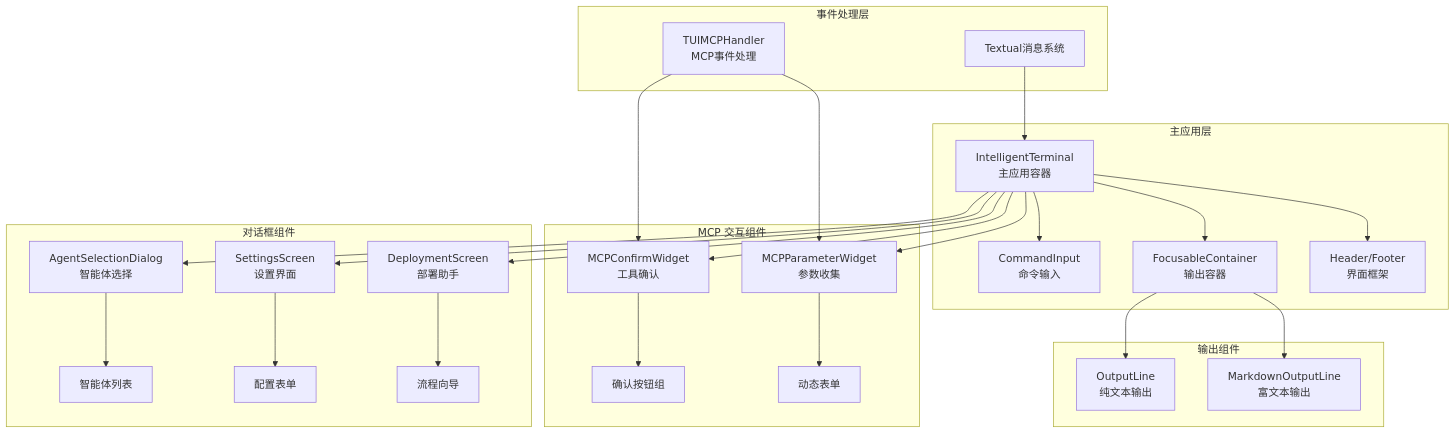
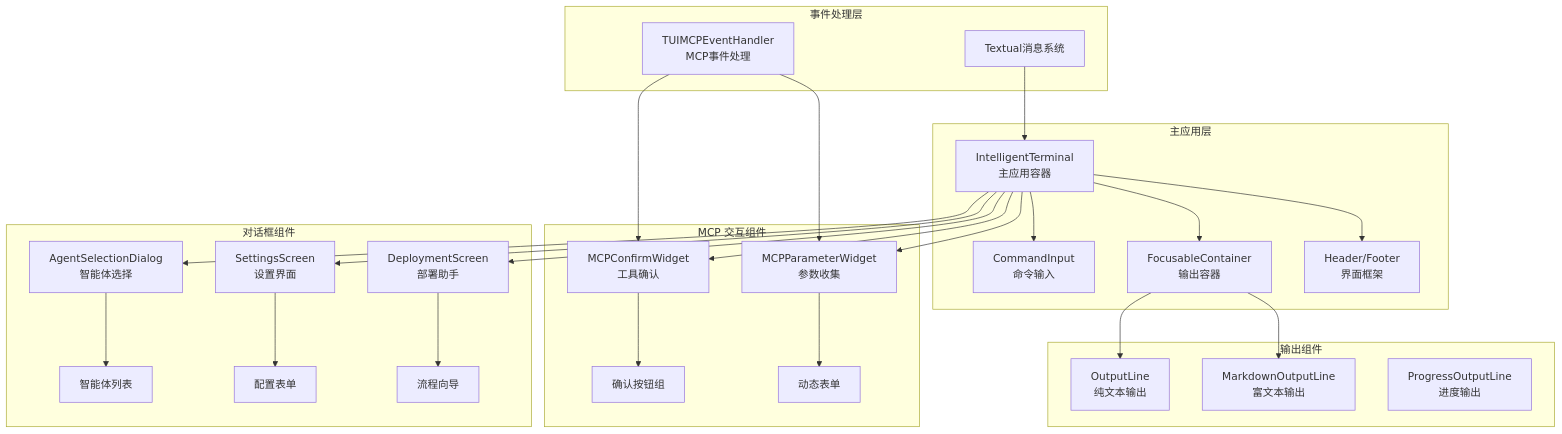
Before and after one commit to HongyuS/euler-copilot-shell: the first of 7 diagrams in docs/development/TUI应用模块设计.md, drawn with Mermaid. The commit also changed other lines of this file and 3 other files, not shown here.

````diff
--- a/docs/development/TUI应用模块设计.md
+++ b/docs/development/TUI应用模块设计.md
@@ -11,38 +11,39 @@
 ```mermaid
 graph TB
     subgraph "主应用层"
         A[IntelligentTerminal<br/>主应用容器] --> B[CommandInput<br/>命令输入]
         A --> C[FocusableContainer<br/>输出容器]
         A --> D[Header/Footer<br/>界面框架]
     end
     
     subgraph "MCP 交互组件"
         E[MCPConfirmWidget<br/>工具确认] --> F[确认按钮组]
         G[MCPParameterWidget<br/>参数收集] --> H[动态表单]
     end
     
     subgraph "对话框组件"
         I[AgentSelectionDialog<br/>智能体选择] --> J[智能体列表]
         K[SettingsScreen<br/>设置界面] --> L[配置表单]
         M[DeploymentScreen<br/>部署助手] --> N[流程向导]
     end
     
     subgraph "事件处理层"
-        O[TUIMCPHandler<br/>MCP事件处理] --> E
+        O[TUIMCPEventHandler<br/>MCP事件处理] --> E
         O --> G
         P[Textual消息系统] --> A
     end
     
     subgraph "输出组件"
         Q[OutputLine<br/>纯文本输出]
         R[MarkdownOutputLine<br/>富文本输出]
+        S[ProgressOutputLine<br/>进度输出]
     end
     
     A --> E
     A --> G
     A --> I
     A --> K
     A --> M
     C --> Q
     C --> R
 ```
````
